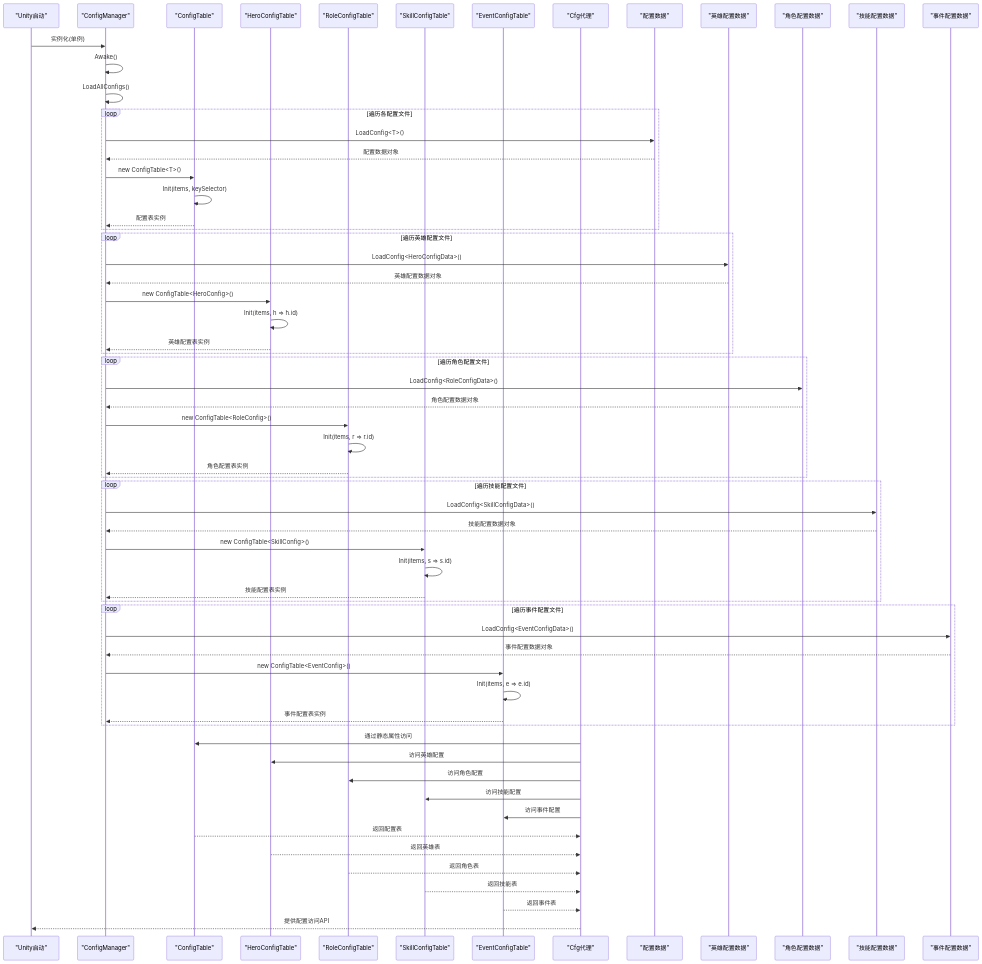
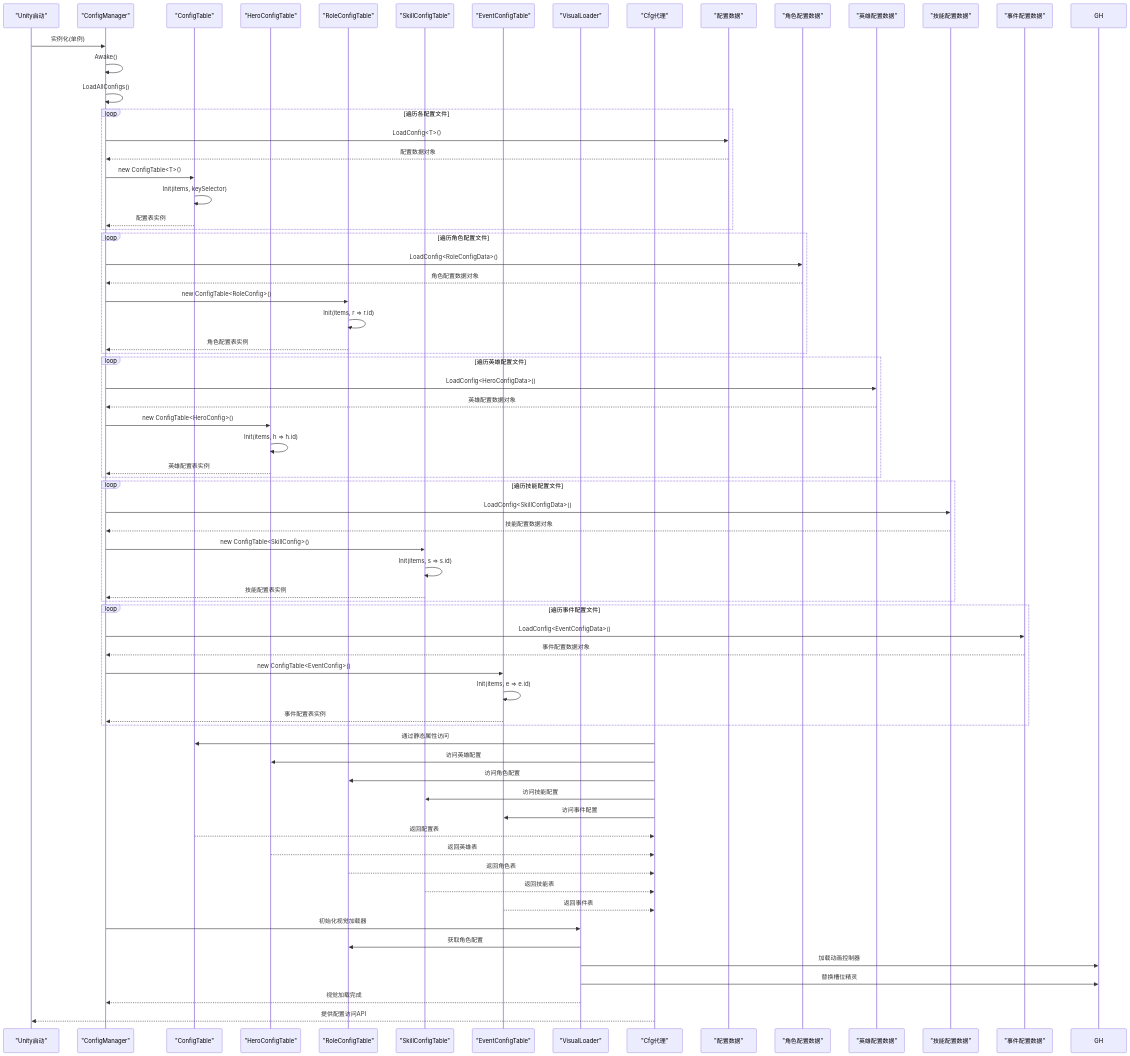
One commit to Tuusen/p1_client changed the second of 4 diagrams in .qoder/repowiki/zh/content/配置管理系统/配置管理系统.md. Above: the diagram before and after it, drawn with Mermaid. The commit also changed other lines of this file and 5 other files, not shown here.

````diff
--- a/.qoder/repowiki/zh/content/配置管理系统/配置管理系统.md
+++ b/.qoder/repowiki/zh/content/配置管理系统/配置管理系统.md
@@ -228,65 +247,71 @@
 ```mermaid
 sequenceDiagram
 participant Boot as "Unity启动"
 participant CM as "ConfigManager"
 participant CT as "ConfigTable"
 participant HC as "HeroConfigTable"
 participant RC as "RoleConfigTable"
 participant SC as "SkillConfigTable"
 participant EC as "EventConfigTable"
+participant VL as "VisualLoader"
 participant CFG as "Cfg代理"
 participant Data as "配置数据"
+participant RoleData as "角色配置数据"
 participant HeroData as "英雄配置数据"
-participant RoleData as "角色配置数据"
 participant SkillData as "技能配置数据"
 participant EventData as "事件配置数据"
 Boot->>CM : 实例化(单例)
 CM->>CM : Awake()
 CM->>CM : LoadAllConfigs()
 loop 遍历各配置文件
 CM->>Data : LoadConfig<T>()
 Data-->>CM : 配置数据对象
 CM->>CT : new ConfigTable<T>()
 CT->>CT : Init(items, keySelector)
 CT-->>CM : 配置表实例
 end
+loop 遍历角色配置文件
+CM->>RoleData : LoadConfig<RoleConfigData>()
+RoleData-->>CM : 角色配置数据对象
+CM->>RC : new ConfigTable<RoleConfig>()
+RC->>RC : Init(items, r => r.id)
+RC-->>CM : 角色配置表实例
+end
 loop 遍历英雄配置文件
 CM->>HeroData : LoadConfig<HeroConfigData>()
 HeroData-->>CM : 英雄配置数据对象
 CM->>HC : new ConfigTable<HeroConfig>()
 HC->>HC : Init(items, h => h.id)
 HC-->>CM : 英雄配置表实例
-end
-loop 遍历角色配置文件
-CM->>RoleData : LoadConfig<RoleConfigData>()
-RoleData-->>CM : 角色配置数据对象
-CM->>RC : new ConfigTable<RoleConfig>()
-RC->>RC : Init(items, r => r.id)
-RC-->>CM : 角色配置表实例
 end
 loop 遍历技能配置文件
 CM->>SkillData : LoadConfig<SkillConfigData>()
 SkillData-->>CM : 技能配置数据对象
 CM->>SC : new ConfigTable<SkillConfig>()
 SC->>SC : Init(items, s => s.id)
 SC-->>CM : 技能配置表实例
 end
 loop 遍历事件配置文件
 CM->>EventData : LoadConfig<EventConfigData>()
 EventData-->>CM : 事件配置数据对象
 CM->>EC : new ConfigTable<EventConfig>()
 EC->>EC : Init(items, e => e.id)
 EC-->>CM : 事件配置表实例
 end
 CFG->>CT : 通过静态属性访问
 CFG->>HC : 访问英雄配置
 CFG->>RC : 访问角色配置
 CFG->>SC : 访问技能配置
 CFG->>EC : 访问事件配置
 CT-->>CFG : 返回配置表
 HC-->>CFG : 返回英雄表
 RC-->>CFG : 返回角色表
 SC-->>CFG : 返回技能表
 EC-->>CFG : 返回事件表
+CM->>VL : 初始化视觉加载器
+VL->>RC : 获取角色配置
+VL->>GH : 加载动画控制器
+VL->>GH : 替换槽位精灵
+VL-->>CM : 视觉加载完成
 CFG-->>Boot : 提供配置访问API
 ```
````
